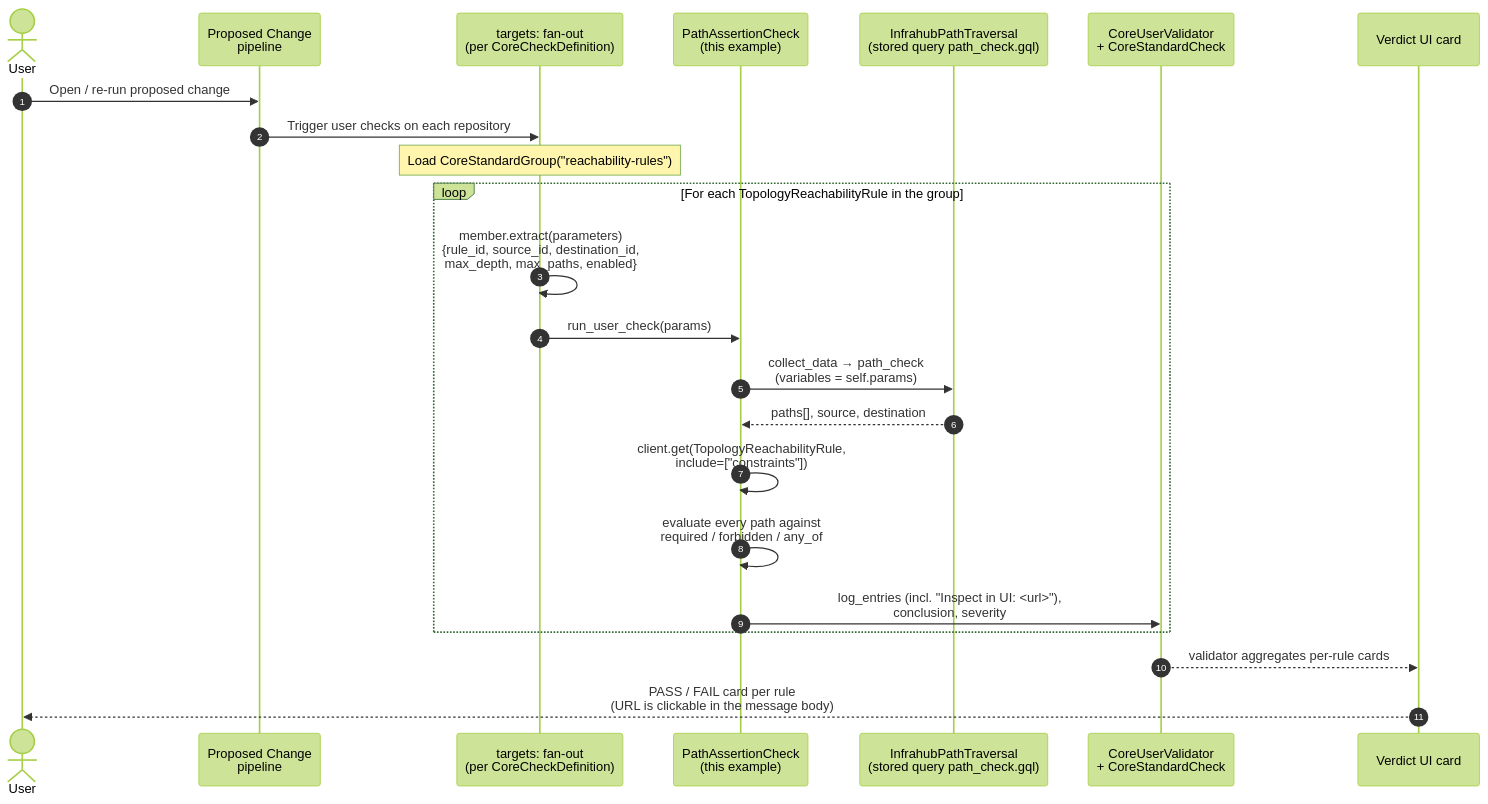
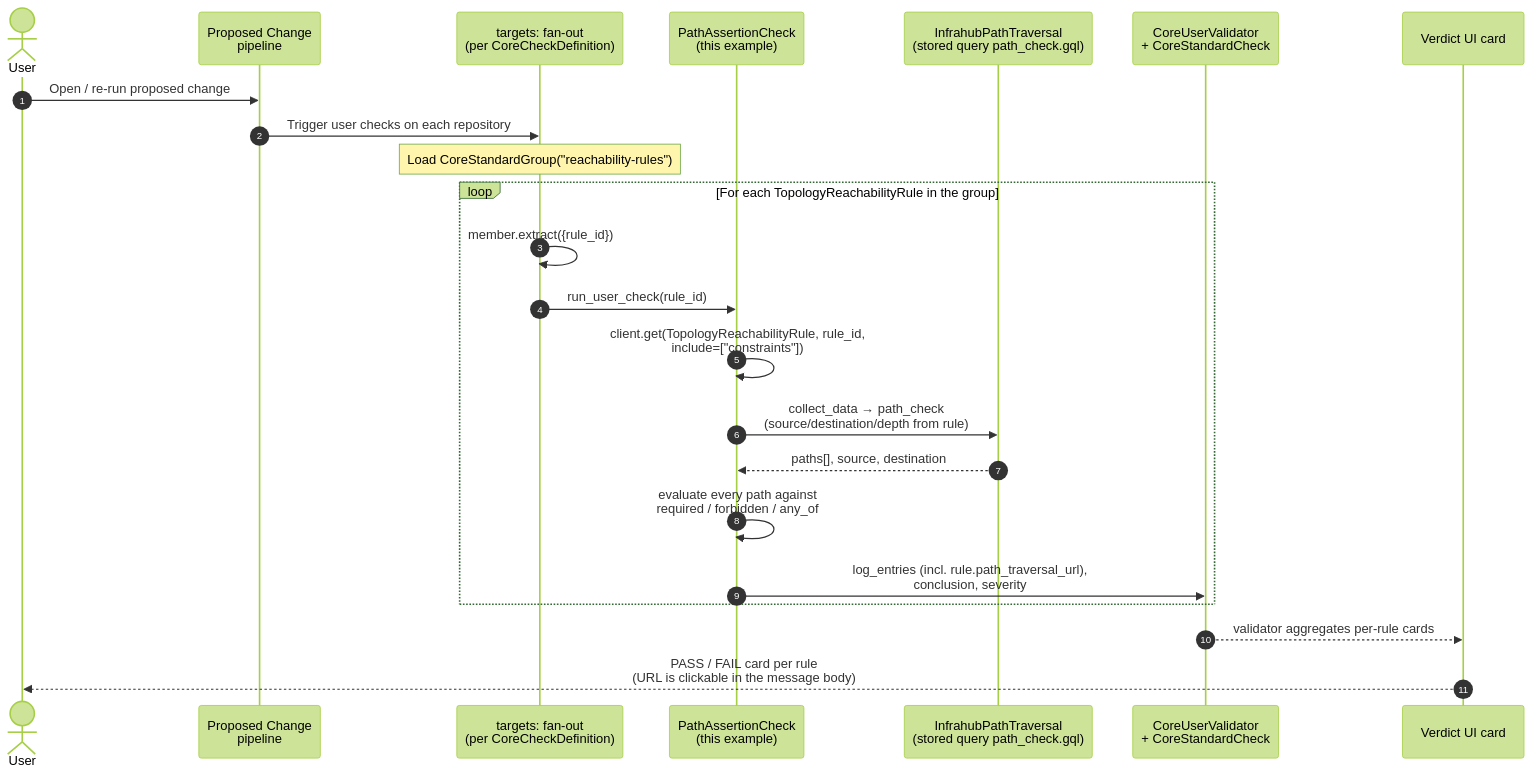
Before and after one commit to opsmill/infrahub-demo-reachability-check: the first of 2 diagrams in README.md, drawn with Mermaid (forest theme). The commit also changed other lines of this file and 2 other files, not shown here.

First line of the commit message:
Refactor check to accept only rule_id and apply tone sweep

````diff
--- a/README.md
+++ b/README.md
@@ -164,26 +167,26 @@
 ```mermaid
 sequenceDiagram
     autonumber
     actor User
     participant PC as Proposed Change<br/>pipeline
     participant Fan as targets: fan-out<br/>(per CoreCheckDefinition)
     participant Check as PathAssertionCheck<br/>(this example)
     participant GQL as InfrahubPathTraversal<br/>(stored query path_check.gql)
     participant Verdict as CoreUserValidator<br/>+ CoreStandardCheck
     participant UI as Verdict UI card
 
     User->>PC: Open / re-run proposed change
     PC->>Fan: Trigger user checks on each repository
     Note over Fan: Load CoreStandardGroup("reachability-rules")
     loop For each TopologyReachabilityRule in the group
-        Fan->>Fan: member.extract(parameters)<br/>{rule_id, source_id, destination_id,<br/>max_depth, max_paths, enabled}
-        Fan->>Check: run_user_check(params)
-        Check->>GQL: collect_data → path_check<br/>(variables = self.params)
+        Fan->>Fan: member.extract({rule_id})
+        Fan->>Check: run_user_check(rule_id)
+        Check->>Check: client.get(TopologyReachabilityRule, rule_id,<br/>include=["constraints"])
+        Check->>GQL: collect_data → path_check<br/>(source/destination/depth from rule)
         GQL-->>Check: paths[], source, destination
-        Check->>Check: client.get(TopologyReachabilityRule,<br/>include=["constraints"])
         Check->>Check: evaluate every path against<br/>required / forbidden / any_of
-        Check->>Verdict: log_entries (incl. "Inspect in UI: <url>"),<br/>conclusion, severity
+        Check->>Verdict: log_entries (incl. rule.path_traversal_url),<br/>conclusion, severity
     end
     Verdict-->>UI: validator aggregates per-rule cards
     UI-->>User: PASS / FAIL card per rule<br/>(URL is clickable in the message body)
 ```
````
